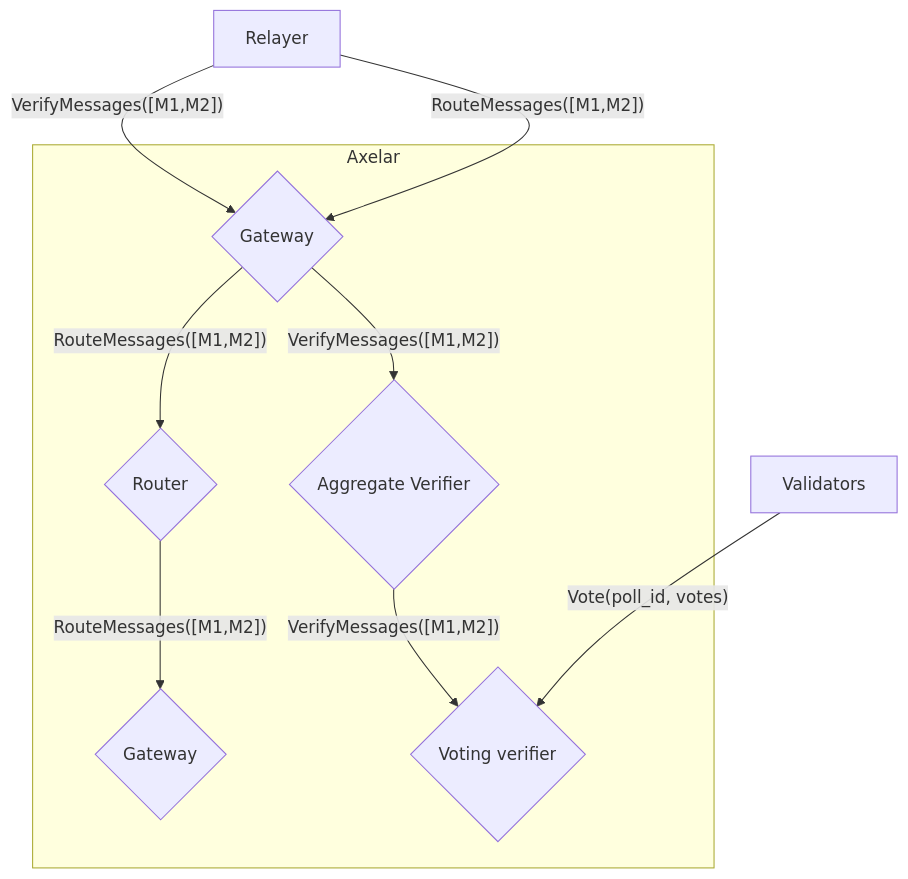
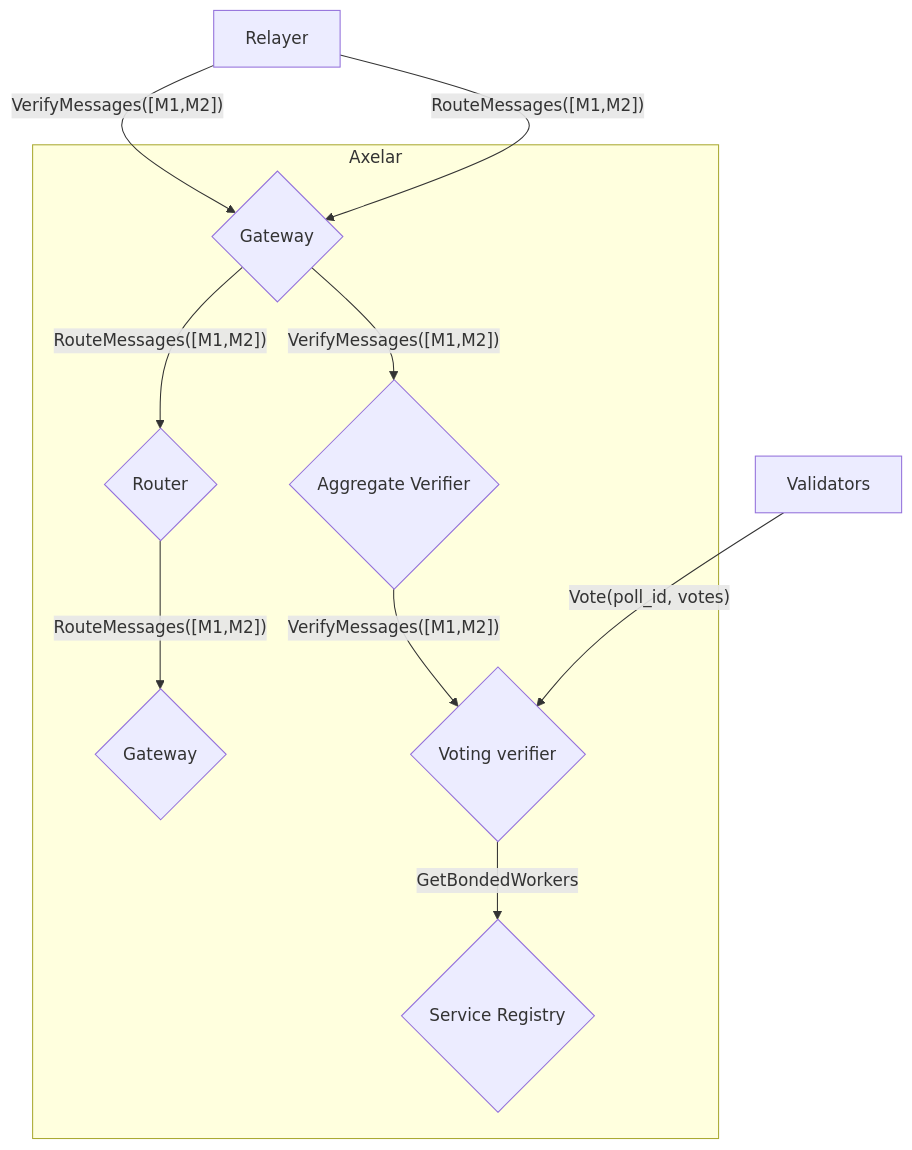
Before and after one commit to axelarnetwork/axelar-amplifier: the first of 4 diagrams in README.md, drawn with Mermaid. The commit also changed other lines of this file, not shown here.

Commit message:
add service registry

````diff
--- a/README.md
+++ b/README.md
@@ -16,19 +16,21 @@
 ```mermaid
 flowchart TD
 subgraph Axelar
 	G1{"Gateway"}
     G2{"Gateway"}
 	Vr{"Aggregate Verifier"}
 	Vo{"Voting verifier"}
 	R{"Router"}
+    S{"Service Registry"}
 end
 
 Relayer --"VerifyMessages([M1,M2])"-->G1
 G1 --"VerifyMessages([M1,M2])"--> Vr
 Vr --"VerifyMessages([M1,M2])"--> Vo
+Vo --"GetBondedWorkers"--> S
 Validators --"Vote(poll_id, votes)"--> Vo
 
 Relayer --"RouteMessages([M1,M2])"-->G1
 G1 --"RouteMessages([M1,M2])"-->R
 R --"RouteMessages([M1,M2])"-->G2
 ```
````
